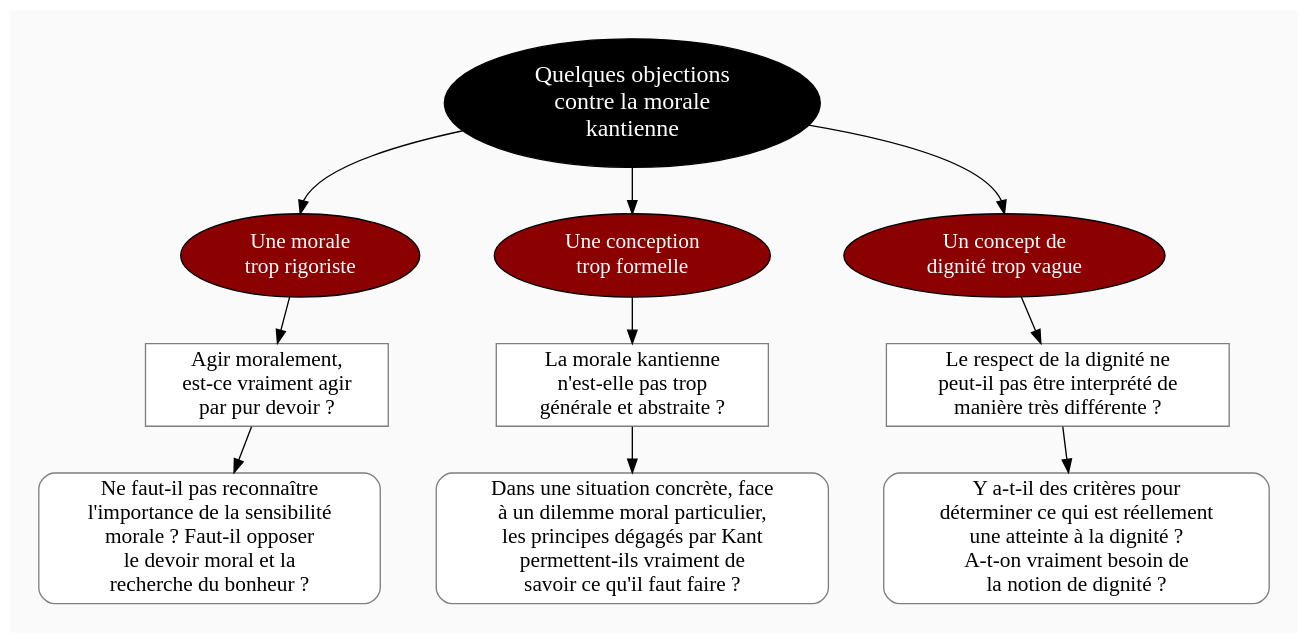
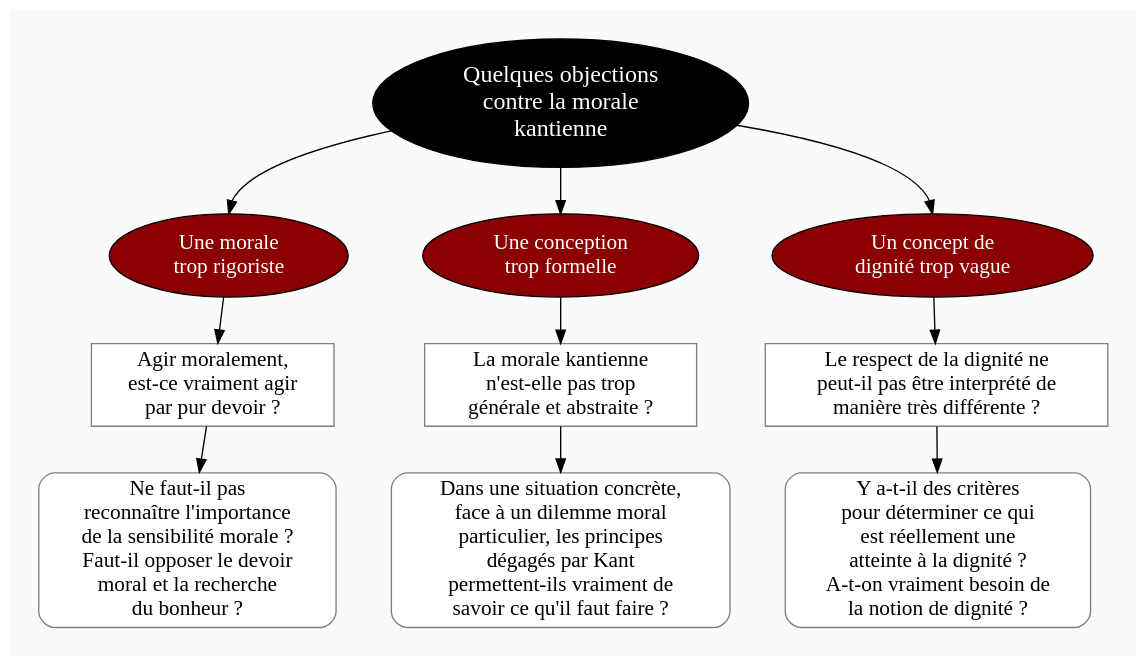
The diagram in diagram/objections-morale-kantienne.dot (eyssette/graphviz-examples), drawn with Graphviz before and after one commit.

```diff
--- a/diagram/objections-morale-kantienne.dot
+++ b/diagram/objections-morale-kantienne.dot
@@ -1,101 +1,104 @@
 digraph G {
 // Template : diagram
 // Usage : 
 //rankdir=LR
 splines=true
 //splines=curved
 bgcolor=grey98
 pad=0.3
 style=filled
 edge[minlen=4]
 node[style=filled, fontcolor=white]
 ranksep=0.1
 nodesep=0.2
 
 // NIVEAU 1
 node[fillcolor=12, fontsize=18]
 a1[label="Quelques objections
 contre la morale
 kantienne"]
 
 // NIVEAU 2
 node[fillcolor=red4, fontsize=16]
 a1->{
 b1[label="Une morale
 trop rigoriste"]    
 b2[label="Une conception
 trop formelle"]
 b3[label="Un concept de
-dignité trop vague"]
+dignité trop vague", URL="https://docs.google.com/document/d/1K-_-mzQFSjUQi7tpYJQwSr4WjTQwio0kK5iGPpox81k/edit?usp=sharing"]
 }[headport=n]
 
 {rank=same;b1->b2->b3[style=invis]}
 
 node[fontcolor=black]
 // NIVEAU 3 (sans intermédiaire)
 node [shape=box, fillcolor=white, color=grey50]
 // c1[label=""]
 b1->c1
 c1[label="Agir moralement,
 est-ce vraiment agir
 par pur devoir ?"]
 b2->c2
 c2[label="La morale kantienne
 n'est-elle pas trop
 générale et abstraite ?"]
 b3->c3
 c3[label="Le respect de la dignité ne
 peut-il pas être interprété de
-manière très différente ?"]
+manière très différente ?", URL="https://docs.google.com/document/d/1K-_-mzQFSjUQi7tpYJQwSr4WjTQwio0kK5iGPpox81k/edit?usp=sharing"]
 
 
 // INTERMÉDIAIRE AVANT NIVEAU 3
 node[fillcolor=grey78, shape=oval]
 // [arrowhead=none]
 // bc1[label=""]
 
 // NIVEAU 3 (avec intermédiaire)
 node[fillcolor=white, shape=box, color=grey50]
 // c1[label=""]
 
 // NIVEAU 4
 node[style="filled,rounded", fillcolor=white, shape=box, color=grey50]
 // d1[label=""]
 
 c1->d1
-d1[label="Ne faut-il pas reconnaître
-l'importance de la sensibilité
-morale ? Faut-il opposer
-le devoir moral et la
-recherche du bonheur ?"]
+d1[label="Ne faut-il pas
+reconnaître l'importance
+de la sensibilité morale ?
+Faut-il opposer le devoir
+moral et la recherche
+du bonheur ?"]
 
 c2->d2
-d2[label="Dans une situation concrète, face
-à un dilemme moral particulier,
-les principes dégagés par Kant
+d2[label="Dans une situation concrète,
+face à un dilemme moral
+particulier, les principes
+dégagés par Kant
 permettent-ils vraiment de
 savoir ce qu'il faut faire ?"]
 
 c3->d3
-d3[label="Y a-t-il des critères pour
-déterminer ce qui est réellement
-une atteinte à la dignité ?
+d3[label="Y a-t-il des critères
+pour déterminer ce qui
+est réellement une
+atteinte à la dignité ?
 A-t-on vraiment besoin de
-la notion de dignité ?"]
+la notion de dignité ?", URL="https://docs.google.com/document/d/1K-_-mzQFSjUQi7tpYJQwSr4WjTQwio0kK5iGPpox81k/edit?usp=sharing"]
 
 {rank=same;d1->d2->d3[style=invis,minlen=3]}
 
 // ÉTIQUETTES EN ROUGE
 node[shape=plaintext, fontcolor=firebrick3, fillcolor=grey98]
 // e1[label=< <B>= Titre</B><BR /><BR />Contenu<BR /> >]
 // e1[label=""]
 // ->e1[minlen=1, style=invis]
 
 // REMARQUES EN BLEU
 node[color=blue, shape=box, margin=0.07, fontcolor=black, fontsize=12, style="dashed", penwidth=0.6]
 edge[color=blue, arrowhead="none", xlabel="", style="dashed", penwidth=0.6]
 // r1[label=""]
 // {rank=same;->r1}
 // {rank=same;r1->[dir=back]}
 
 }
```
